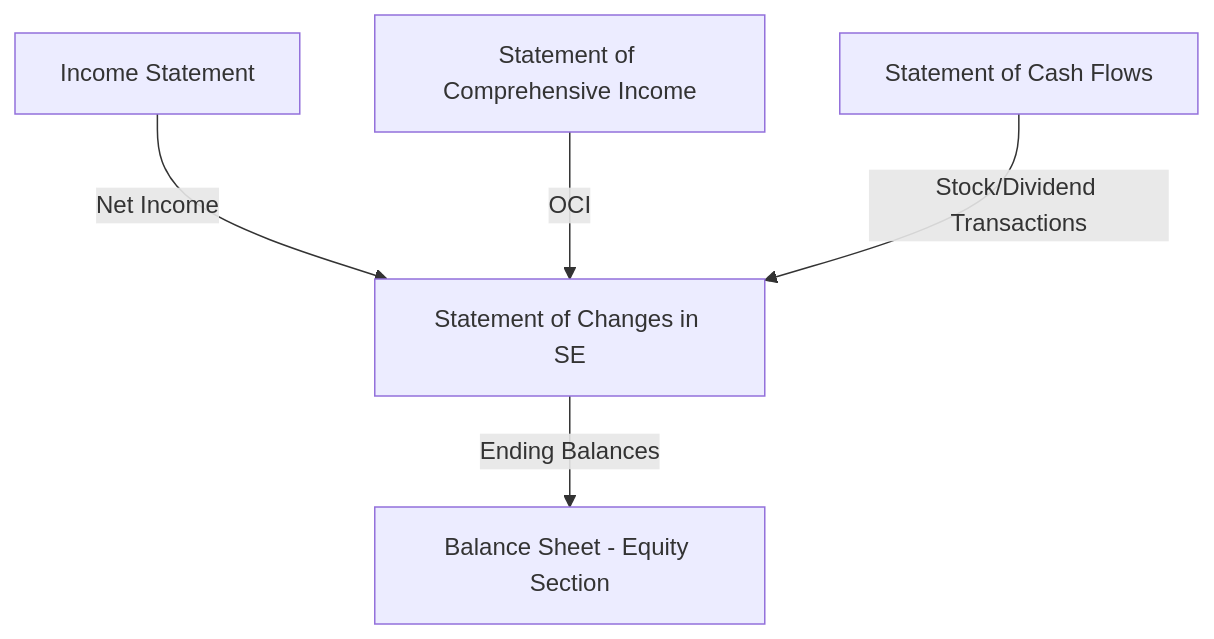
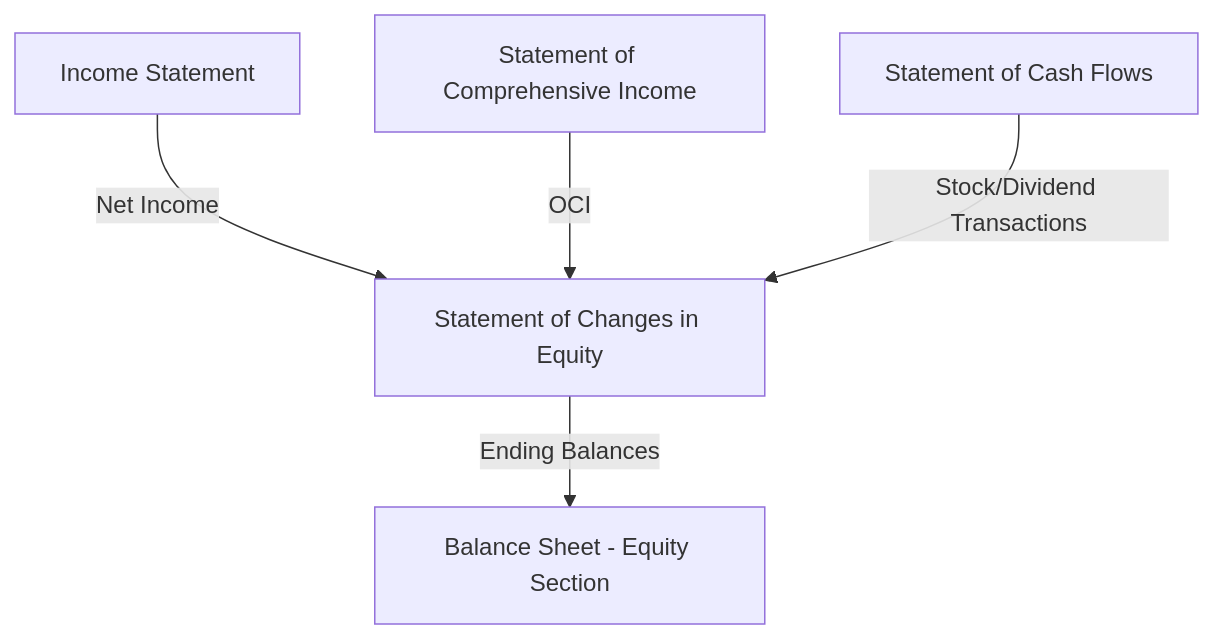
The diagram in docs/far/financial-statement-presentation/statement-of-changes-in-stockholders-equity.md (subwaymatch/cpabear-book), drawn with Mermaid before and after one commit. The commit also changed other lines of this file and 222 other files, not shown here.

````diff
--- a/docs/far/financial-statement-presentation/statement-of-changes-in-stockholders-equity.md
+++ b/docs/far/financial-statement-presentation/statement-of-changes-in-stockholders-equity.md
@@ -207,7 +223,7 @@
 ```mermaid
 flowchart TD
-    A[Income Statement] -->|Net Income| B[Statement of Changes in SE]
+    A[Income Statement] -->|Net Income| B[Statement of Changes in Equity]
     C[Statement of Comprehensive Income] -->|OCI| B
     B -->|Ending Balances| D[Balance Sheet - Equity Section]
     E[Statement of Cash Flows] -->|Stock/Dividend Transactions| B
 ```
````
